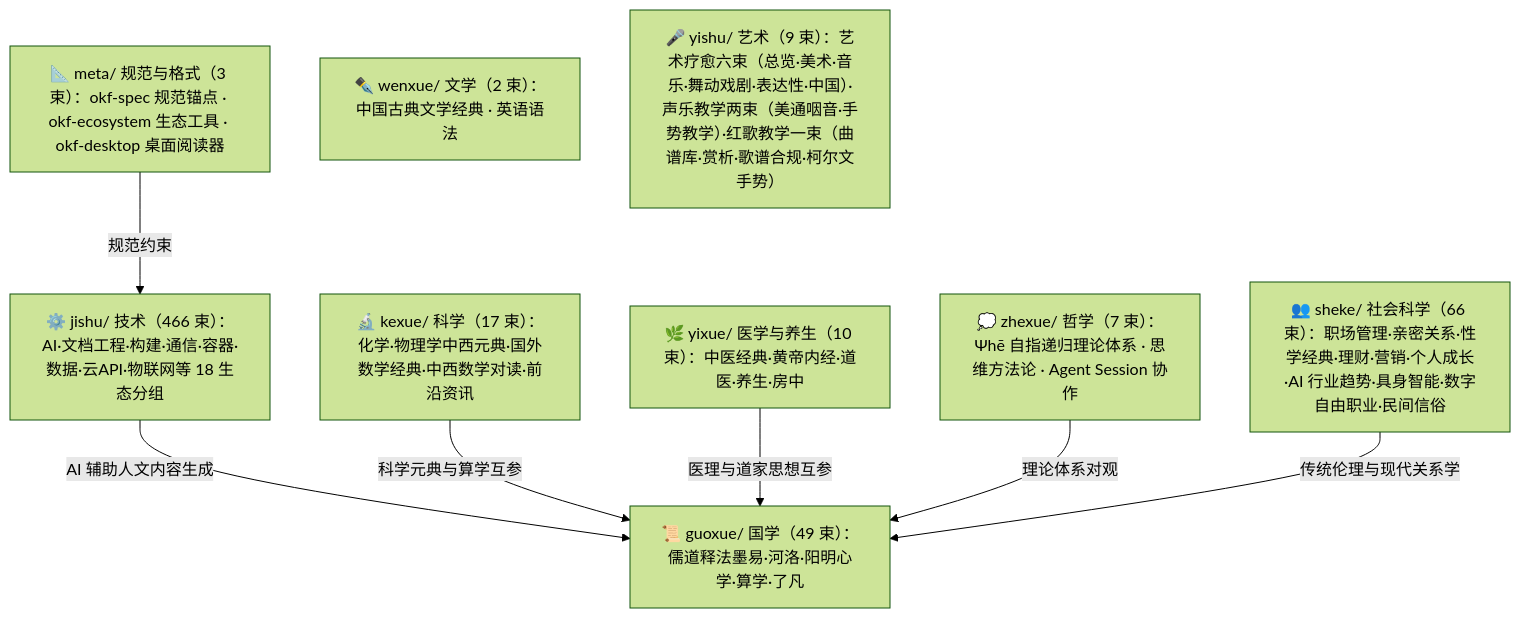
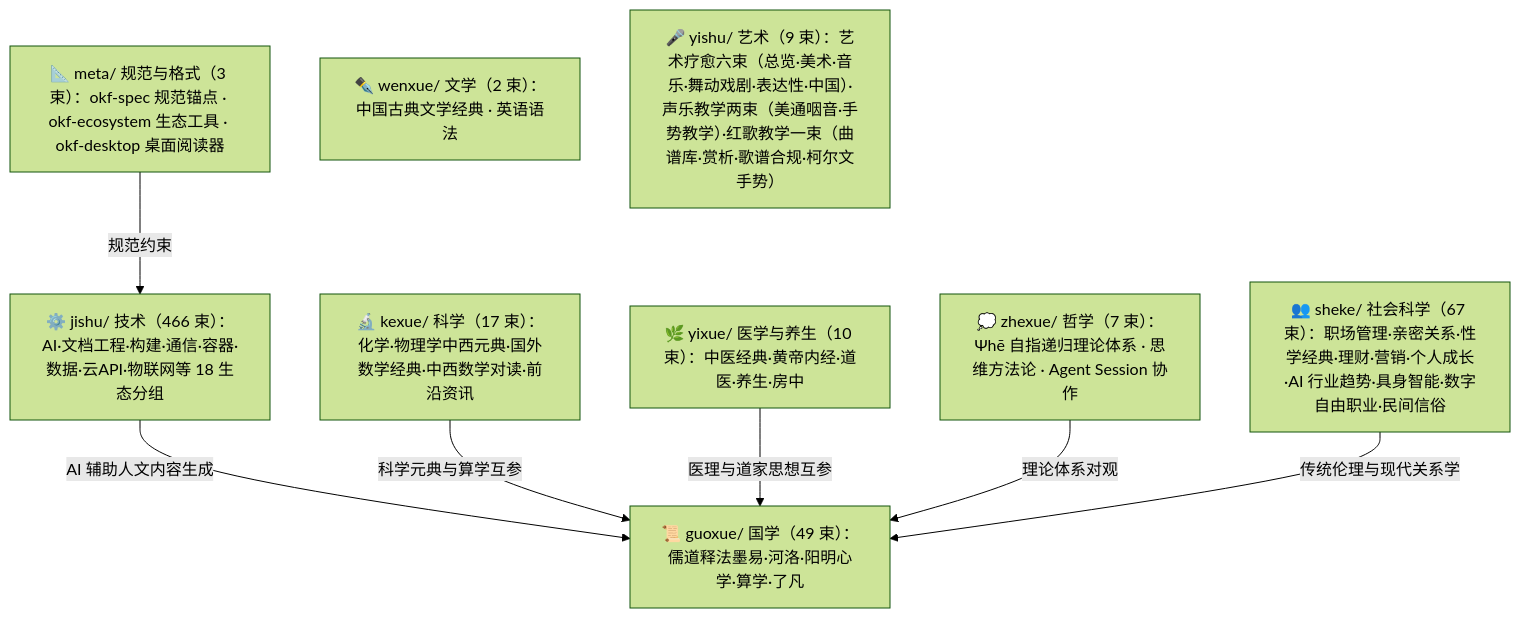
The diagram in doc/bundles/index.md (awesome-flexloop/awesome-okf), drawn with Mermaid (forest theme) before and after one commit. The commit also changed other lines of this file and 11 other files, not shown here.

````diff
--- a/doc/bundles/index.md
+++ b/doc/bundles/index.md
@@ -21,18 +21,18 @@
 ```mermaid
 flowchart TD
     meta["📐 meta/ 规范与格式（3 束）：okf-spec 规范锚点 · okf-ecosystem 生态工具 · okf-desktop 桌面阅读器"]
     guoxue["📜 guoxue/ 国学（49 束）：儒道释法墨易·河洛·阳明心学·算学·了凡"]
     zhexue["💭 zhexue/ 哲学（7 束）：Ψhē 自指递归理论体系 · 思维方法论 · Agent Session 协作"]
     kexue["🔬 kexue/ 科学（17 束）：化学·物理学中西元典·国外数学经典·中西数学对读·前沿资讯"]
     wenxue["✒️ wenxue/ 文学（2 束）：中国古典文学经典 · 英语语法"]
     yixue["🌿 yixue/ 医学与养生（10 束）：中医经典·黄帝内经·道医·养生·房中"]
-    sheke["👥 sheke/ 社会科学（66 束）：职场管理·亲密关系·性学经典·理财·营销·个人成长·AI 行业趋势·具身智能·数字自由职业·民间信俗"]
+    sheke["👥 sheke/ 社会科学（67 束）：职场管理·亲密关系·性学经典·理财·营销·个人成长·AI 行业趋势·具身智能·数字自由职业·民间信俗"]
     yishu["🎤 yishu/ 艺术（9 束）：艺术疗愈六束（总览·美术·音乐·舞动戏剧·表达性·中国）·声乐教学两束（美通咽音·手势教学）·红歌教学一束（曲谱库·赏析·歌谱合规·柯尔文手势）"]
     jishu["⚙️ jishu/ 技术（466 束）：AI·文档工程·构建·通信·容器·数据·云API·物联网等 18 生态分组"]
     meta -->|"规范约束"| jishu
     jishu -->|"AI 辅助人文内容生成"| guoxue
     kexue -->|"科学元典与算学互参"| guoxue
     yixue -->|"医理与道家思想互参"| guoxue
     zhexue -->|"理论体系对观"| guoxue
     sheke -->|"传统伦理与现代关系学"| guoxue
 ```
````
